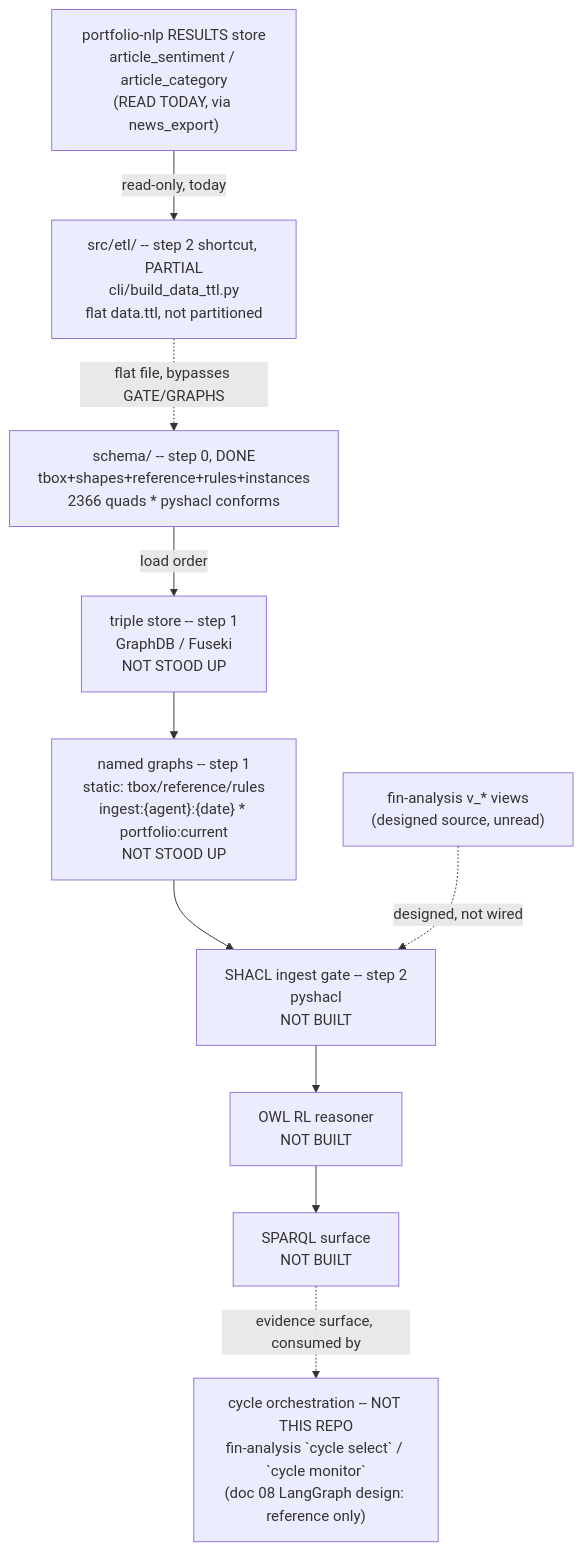
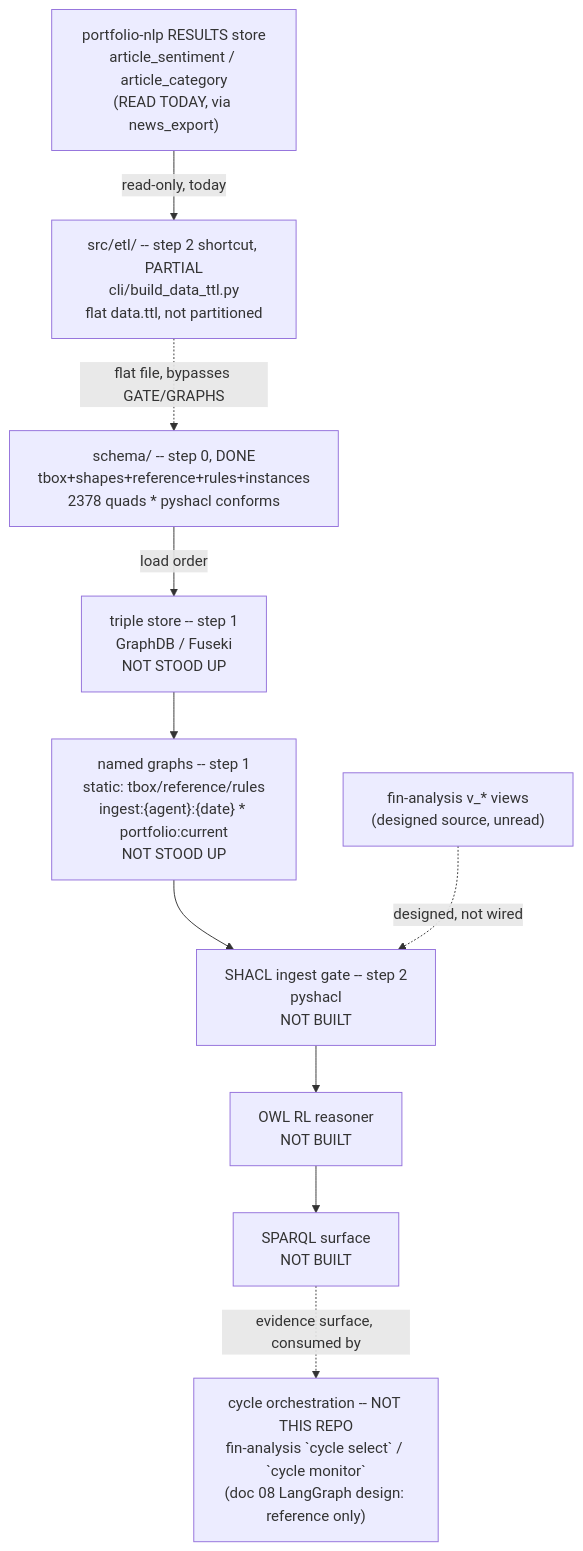
Before and after one commit to gamug/portfolio-knowledge-graph: the diagram in .specify/memory/SPEC.md, drawn with Mermaid. The commit also changed other lines of this file and 17 other files, not shown here.

````diff
--- a/.specify/memory/SPEC.md
+++ b/.specify/memory/SPEC.md
@@ -333,20 +331,20 @@
 ```mermaid
 flowchart TB
-    SCHEMA["schema/ -- step 0, DONE<br/>tbox+shapes+reference+rules+instances<br/>2366 quads * pyshacl conforms"]
+    SCHEMA["schema/ -- step 0, DONE<br/>tbox+shapes+reference+rules+instances<br/>2378 quads * pyshacl conforms"]
     STORE["triple store -- step 1<br/>GraphDB / Fuseki<br/>NOT STOOD UP"]
     GRAPHS["named graphs -- step 1<br/>static: tbox/reference/rules<br/>ingest:{agent}:{date} * portfolio:current<br/>NOT STOOD UP"]
     GATE["SHACL ingest gate -- step 2<br/>pyshacl<br/>NOT BUILT"]
     FIN["fin-analysis v_* views<br/>(designed source, unread)"]
     NLPRES["portfolio-nlp RESULTS store<br/>article_sentiment / article_category<br/>(READ TODAY, via news_export)"]
     ETL["src/etl/ -- step 2 shortcut, PARTIAL<br/>cli/build_data_ttl.py<br/>flat data.ttl, not partitioned"]
     REASON["OWL RL reasoner<br/>NOT BUILT"]
     SPARQL["SPARQL surface<br/>NOT BUILT"]
     AGENTS["cycle orchestration -- NOT THIS REPO<br/>fin-analysis `cycle select` / `cycle monitor`<br/>(doc 08 LangGraph design: reference only)"]
 
     SCHEMA -->|load order| STORE --> GRAPHS --> GATE
     FIN -.->|designed, not wired| GATE
     NLPRES -->|read-only, today| ETL
     ETL -.->|flat file, bypasses GATE/GRAPHS| SCHEMA
     GATE --> REASON --> SPARQL
     SPARQL -.->|evidence surface, consumed by| AGENTS
 ```
````
